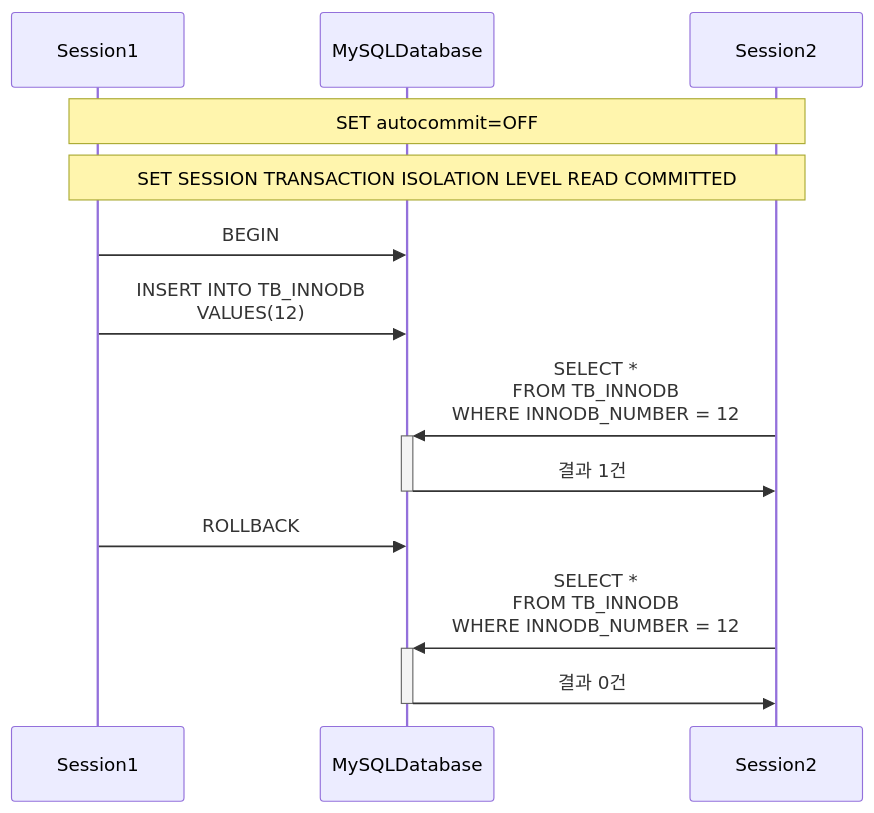
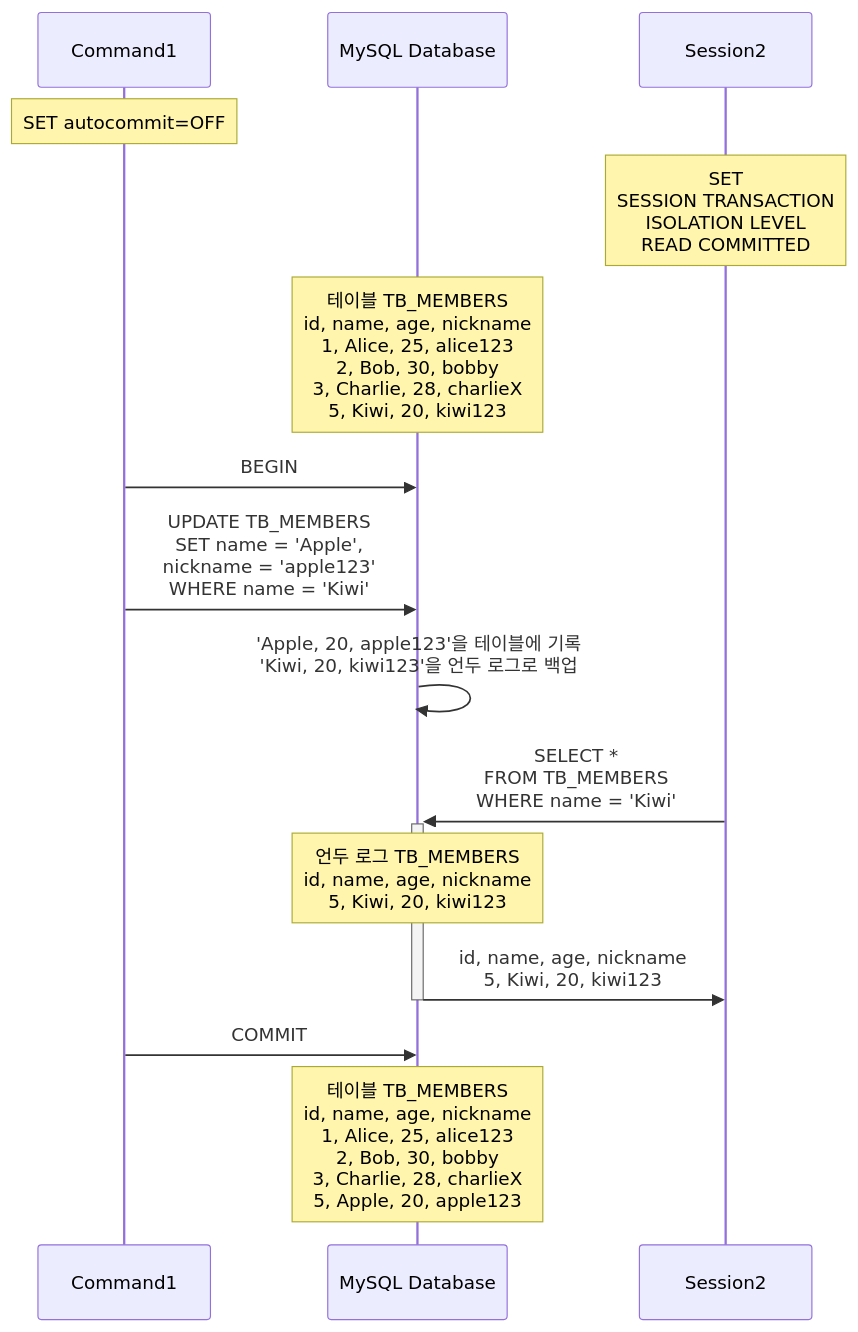
Before and after one commit to lkdcode/RepositoLee-SQL: the second of 4 diagrams in 8.TransactionIsolation/README.md, drawn with Mermaid. The commit also changed other lines of this file, not shown here.

First line of the commit message:
Feat(:Transaction-Isolation) add READ COMMITTED, READ UNCOMMITED

````diff
--- a/8.TransactionIsolation/README.md
+++ b/8.TransactionIsolation/README.md
@@ -51,19 +99,20 @@
 ```mermaid
 sequenceDiagram
-    participant Session1
-    participant MySQLDatabase
+    participant Command1
+    participant MySQL Database
     participant Session2
-    Note over Session1, Session2: SET autocommit=OFF
-    Note over Session1, Session2: SET SESSION TRANSACTION ISOLATION LEVEL READ COMMITTED
+    Note over Command1: SET autocommit=OFF
+    Note over Session2: SET<br/>SESSION TRANSACTION<br/>ISOLATION LEVEL<br/>READ COMMITTED
+    Note over MySQL Database: 테이블 TB_MEMBERS<br/>id, name, age, nickname<br/>1, Alice, 25, alice123<br/>2, Bob, 30, bobby<br/>3, Charlie, 28, charlieX<br/>5, Kiwi, 20, kiwi123
+    Command1 ->> MySQL Database: BEGIN
+    Command1 ->> MySQL Database: UPDATE TB_MEMBERS<br/>SET name = 'Apple',<br/>nickname = 'apple123'<br/>WHERE name = 'Kiwi'
+    MySQL Database ->> MySQL Database: 'Apple, 20, apple123'을 테이블에 기록<br/>'Kiwi, 20, kiwi123'을 언두 로그로 백업
+    
+    Session2 ->>+ MySQL Database: SELECT *<br/>FROM TB_MEMBERS<br/>WHERE name = 'Kiwi'
 
-    Session1 ->>MySQLDatabase: BEGIN
-    Session1 ->>MySQLDatabase: INSERT INTO TB_INNODB<br/>VALUES(12)
 
-    Session2 ->>+MySQLDatabase: SELECT * <br/>FROM TB_INNODB<br/>WHERE INNODB_NUMBER = 12
-    MySQLDatabase ->>-Session2: 결과 1건
-
-    Session1 ->>MySQLDatabase: ROLLBACK
-
-    Session2 ->>+MySQLDatabase: SELECT * <br/>FROM TB_INNODB<br/>WHERE INNODB_NUMBER = 12
-    MySQLDatabase ->>-Session2: 결과 0건
+    Note over MySQL Database: 언두 로그 TB_MEMBERS<br/>id, name, age, nickname<br/>5, Kiwi, 20, kiwi123
+    MySQL Database ->>- Session2: id, name, age, nickname<br/>5, Kiwi, 20, kiwi123
+    Command1 ->> MySQL Database: COMMIT
+    Note over MySQL Database: 테이블 TB_MEMBERS<br/>id, name, age, nickname<br/>1, Alice, 25, alice123<br/>2, Bob, 30, bobby<br/>3, Charlie, 28, charlieX<br/>5, Apple, 20, apple123
 ```
````
